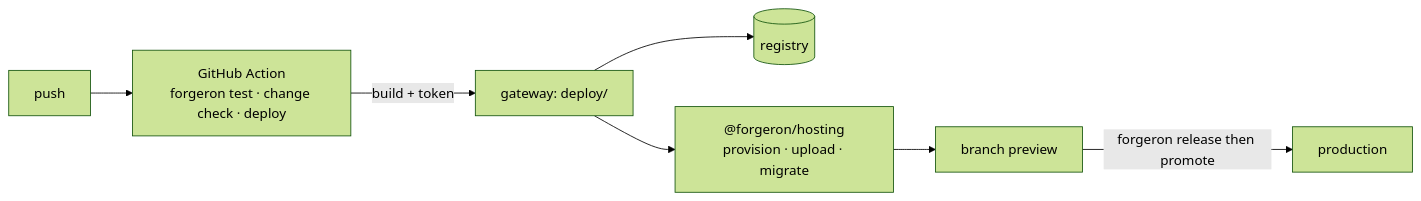
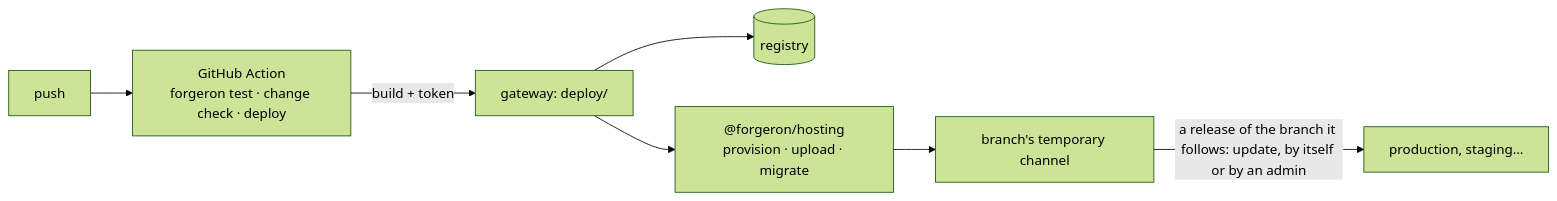
One commit to forgeron-sh/monorepo changed the second of 3 diagrams in docs/ARCHITECTURE.md. Above: the diagram before and after it, drawn with Mermaid (forest theme). The commit also changed other lines of this file and 123 other files, not shown here.

````diff
--- a/docs/ARCHITECTURE.md
+++ b/docs/ARCHITECTURE.md
@@ -199,9 +201,9 @@
 ```mermaid
 flowchart LR
   P[push] --> A["GitHub Action<br/>forgeron test · change check · deploy"]
   A -->|"build + token"| D["gateway: deploy/"]
   D --> R[("registry")]
   D --> H["@forgeron/hosting<br/>provision · upload · migrate"]
-  H --> PV[branch preview]
-  PV -->|"forgeron release then promote"| PR[production]
+  H --> PV[branch's temporary channel]
+  PV -->|"a release of the branch it follows: update, by itself or by an admin"| PR[production, staging…]
 ```
````
